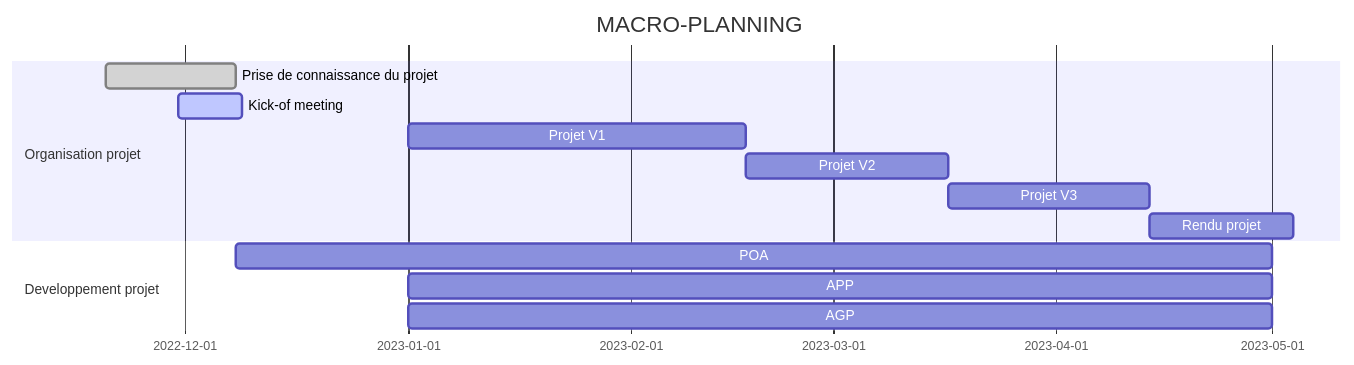
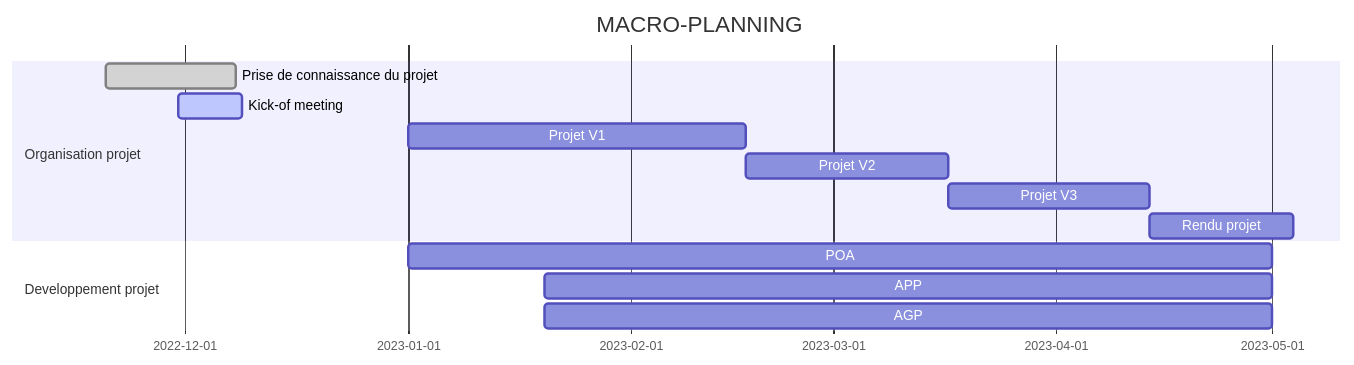
Before and after one commit to morganLantrade/TP_M1: the diagram in readme.md, drawn with Mermaid.

````diff
--- a/readme.md
+++ b/readme.md
@@ -36,19 +36,19 @@
 ```mermaid
 gantt
 dateFormat  YYYY-MM-DD
 
 title MACRO-PLANNING
 
 section Organisation projet
 Prise de connaissance du projet            :done,    des1, 2022-11-20,18d
 Kick-of meeting               :active,  des2, 2022-11-30,9d
 Projet V1               	:         des3, 2023-01-01,2023-02-17
 Projet V2                :        des4, 2023-02-17,2023-03-17
 Projet V3                 :        des5, 2023-03-17,2023-04-14
 Rendu projet                :        after des5,20d
 
 section Developpement projet
-POA               :after des1,2023-05-01
-APP      :2023-01-01,2023-05-01
-AGP    :2023-01-01,2023-05-01
+POA               :2023-01-01,2023-05-01
+APP      :2023-01-20,2023-05-01
+AGP    :2023-01-20,2023-05-01
 ```
````
